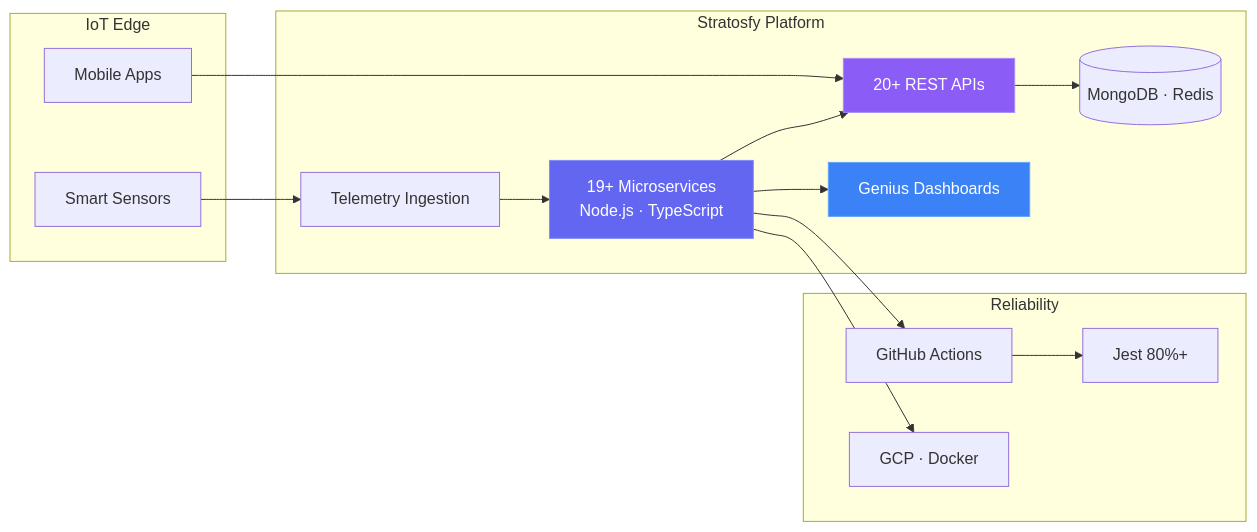
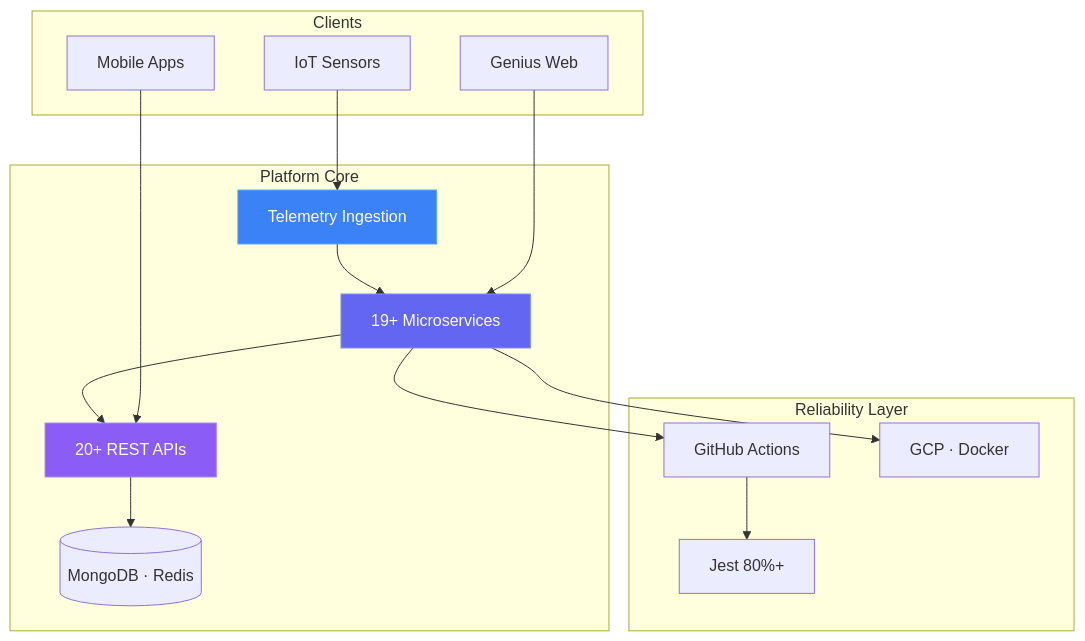
Before and after one commit to VenkataSubbaiah5022/VenkataSubbaiah5022: the diagram in README.md, drawn with Mermaid. The commit also changed other lines of this file and 3 other files, not shown here.

````diff
--- a/README.md
+++ b/README.md
@@ -83,35 +48,31 @@
 ```mermaid
-flowchart LR
-    subgraph Edge["IoT Edge"]
-        D[Smart Sensors]
+flowchart TB
+    subgraph Clients["Clients"]
+        S[IoT Sensors]
         M[Mobile Apps]
+        W[Genius Web]
     end
 
-    subgraph Platform["Stratosfy Platform"]
-        T[Telemetry Ingestion]
-        MS["19+ Microservices<br/>Node.js · TypeScript"]
+    subgraph Core["Platform Core"]
+        ING[Telemetry Ingestion]
+        MS["19+ Microservices"]
         API["20+ REST APIs"]
         DB[(MongoDB · Redis)]
-        DASH[Genius Dashboards]
     end
 
-    subgraph DevOps["Reliability"]
+    subgraph Ops["Reliability Layer"]
         CI[GitHub Actions]
-        JEST[Jest 80%+]
-        GCP[GCP · Docker]
+        TST[Jest 80%+]
+        CLD[GCP · Docker]
     end
 
-    D --> T
+    S --> ING --> MS --> API --> DB
     M --> API
-    T --> MS
-    MS --> API
-    API --> DB
-    MS --> DASH
-    MS --> CI
-    CI --> JEST
-    MS --> GCP
+    W --> MS
+    MS --> CI --> TST
+    MS --> CLD
 
     style MS fill:#6366f1,stroke:#818cf8,color:#fff
     style API fill:#8b5cf6,stroke:#a78bfa,color:#fff
-    style DASH fill:#3b82f6,stroke:#60a5fa,color:#fff
+    style ING fill:#3b82f6,stroke:#60a5fa,color:#fff
 ```
````
